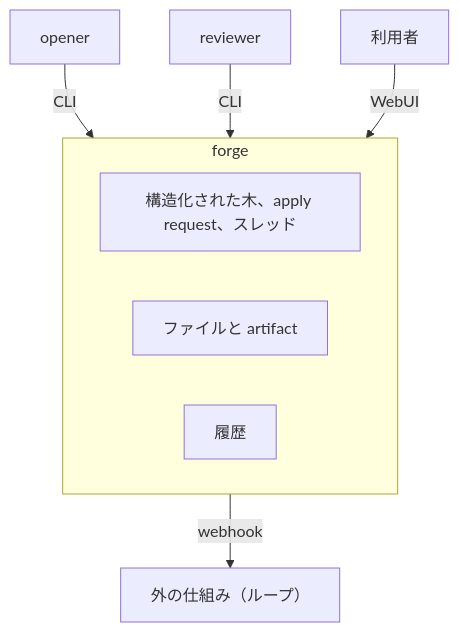
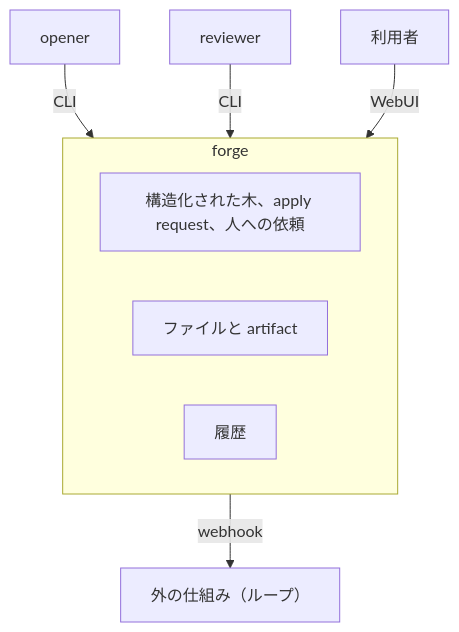
One commit to yamambainc/logiforge changed the diagram in docs/architecture/README.md. Above: the diagram before and after it, drawn with Mermaid. The commit also changed 24 other files, not shown here.

````diff
--- a/docs/architecture/README.md
+++ b/docs/architecture/README.md
@@ -7,12 +7,12 @@
 ```mermaid
 flowchart TB
   O["opener"] -- CLI --> S
   R["reviewer"] -- CLI --> S
   U["利用者"] -- WebUI --> S
   subgraph S["forge"]
-    T["構造化された木、apply request、スレッド"]
+    T["構造化された木、apply request、人への依頼"]
     F["ファイルと artifact"]
     L["履歴"]
   end
   S -- webhook --> X["外の仕組み（ループ）"]
 ```
````
